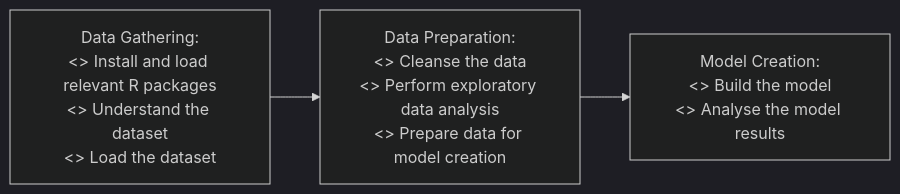
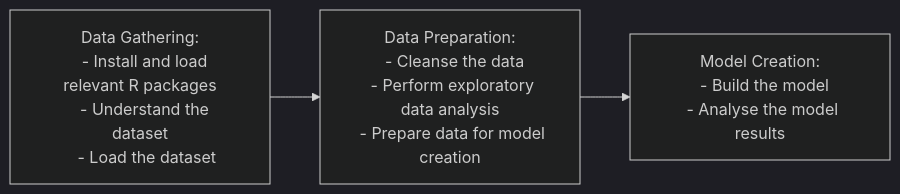
The diagram in README.md (Cydol/DS-Project4), drawn with Mermaid (dark theme) before and after one commit.

````diff
--- a/README.md
+++ b/README.md
@@ -40,15 +40,15 @@
 ```mermaid
 flowchart LR
-  Step1["`Data Gathering:
-   <> Install and load relevant R packages
-   <> Understand the dataset
-   <> Load the dataset`"]
-  Step2["`Data Preparation:
-  <> Cleanse the data
-  <> Perform exploratory data analysis
-  <> Prepare data for model creation`"]
-  Step3["`Model Creation:
-  <> Build the model
-  <> Analyse the model results`"]
+  Step1["Data Gathering:
+   - Install and load relevant R packages
+   - Understand the dataset
+   - Load the dataset"]
+  Step2["Data Preparation:
+  - Cleanse the data
+  - Perform exploratory data analysis
+  - Prepare data for model creation"]
+  Step3["Model Creation:
+  - Build the model
+  - Analyse the model results"]
   Step1-->Step2-->Step3
 ```
````
